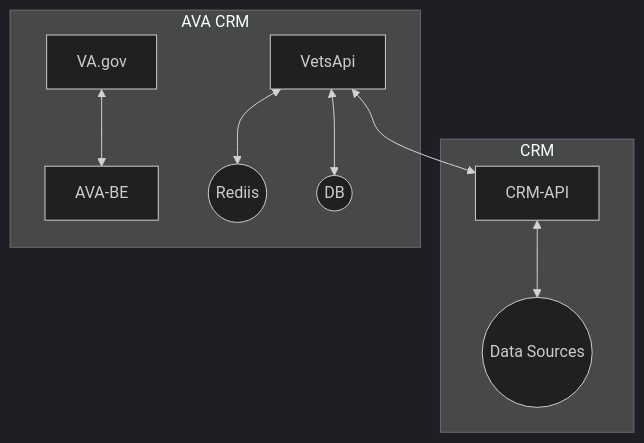
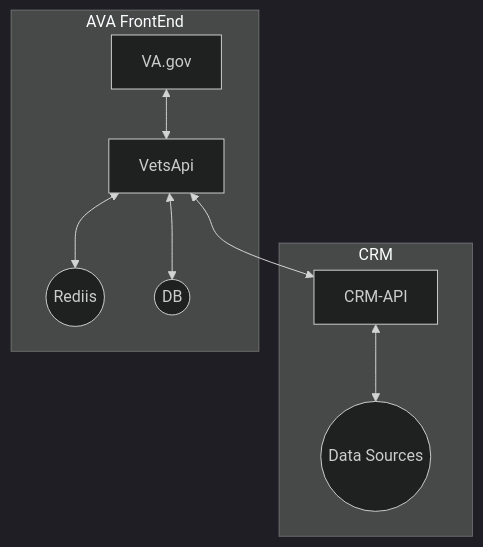
Before and after one commit to department-of-veterans-affairs/va.gov-team: the first of 5 diagrams in products/ask-va/integration/va_profile/profile_processes.md, drawn with Mermaid (dark theme).

````diff
--- a/products/ask-va/integration/va_profile/profile_processes.md
+++ b/products/ask-va/integration/va_profile/profile_processes.md
@@ -51,12 +51,12 @@
 ```mermaid
 flowchart TB
     subgraph CRM
     CRM-API<-->Dataverse((Data Sources))
     end
-    subgraph AVA CRM
-    VA.gov<-->AVA-BE
+    subgraph AVA FrontEnd
+    VA.gov<-->VetsApi
     VetsApi<-->Rediis((Rediis))
     VetsApi<-->DB((DB))
     end    
     VetsApi<-->CRM-API
 ```
````
